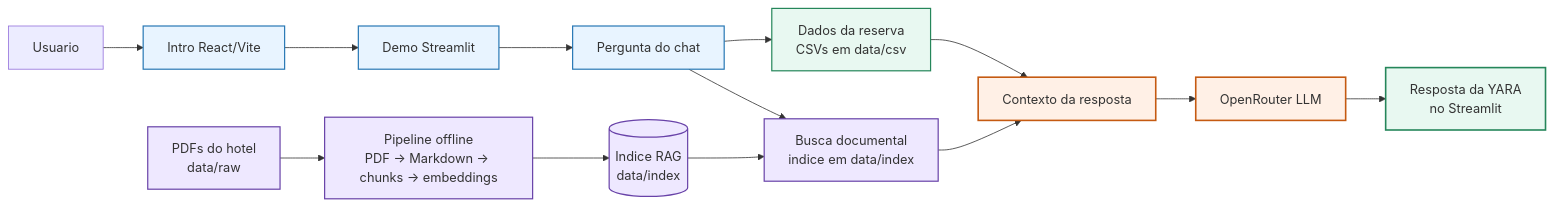
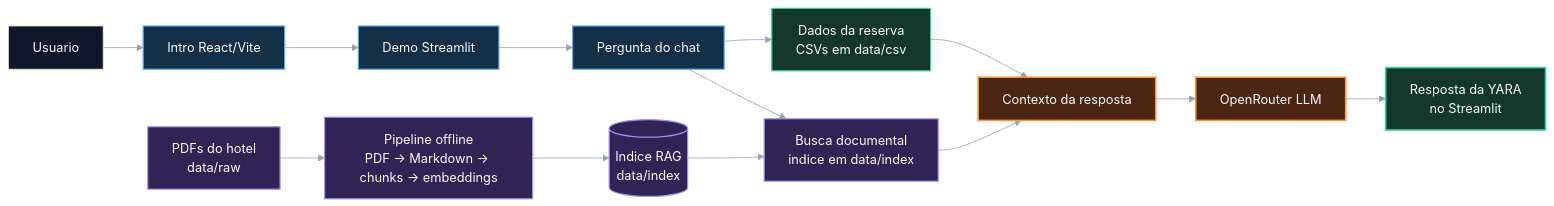
One commit to sevenRevy/Yara changed the diagram in README.md. Above: the diagram before and after it, drawn with Mermaid.

Commit message:
docs: improve mermaid dark mode

````diff
--- a/README.md
+++ b/README.md
@@ -34,32 +34,33 @@
 ```mermaid
+%%{init: {"theme": "base", "themeVariables": {"background": "transparent", "mainBkg": "#0f172a", "primaryTextColor": "#f8fafc", "lineColor": "#94a3b8", "fontFamily": "Inter, ui-sans-serif, system-ui, sans-serif"}}}%%
 flowchart LR
     %% Fluxo online: o usuario pergunta e a YARA combina dados estruturados + RAG.
     U["Usuario"] --> FE["Intro React/Vite"]
     FE --> APP["Demo Streamlit"]
     APP --> Q["Pergunta do chat"]
 
     Q --> CSV["Dados da reserva<br/>CSVs em data/csv"]
     Q --> RAG["Busca documental<br/>indice em data/index"]
 
     CSV --> CTX["Contexto da resposta"]
     RAG --> CTX
     CTX --> LLM["OpenRouter LLM"]
     LLM --> OUT["Resposta da YARA<br/>no Streamlit"]
 
     %% Fluxo offline: os documentos alimentam o indice usado pelo RAG.
     PDF["PDFs do hotel<br/>data/raw"] --> PREP["Pipeline offline<br/>PDF -> Markdown -> chunks -> embeddings"]
     PREP --> IDX[("Indice RAG<br/>data/index")]
     IDX --> RAG
 
-    classDef app fill:#e8f4ff,stroke:#2878b5,stroke-width:1.5px
-    classDef data fill:#e8f8f1,stroke:#25865a,stroke-width:1.5px
-    classDef rag fill:#eee8ff,stroke:#6842a8,stroke-width:1.5px
-    classDef llm fill:#fff0e6,stroke:#c55a11,stroke-width:2px
-    classDef output fill:#e8f8f1,stroke:#25865a,stroke-width:2px
+    classDef app fill:#123047,stroke:#60a5fa,stroke-width:1.5px,color:#f8fafc
+    classDef data fill:#12382b,stroke:#34d399,stroke-width:1.5px,color:#f8fafc
+    classDef rag fill:#2f2454,stroke:#a78bfa,stroke-width:1.5px,color:#f8fafc
+    classDef llm fill:#4a2613,stroke:#fb923c,stroke-width:2px,color:#f8fafc
+    classDef output fill:#12382b,stroke:#34d399,stroke-width:2px,color:#f8fafc
 
     class FE,APP,Q app
     class CSV data
     class RAG,PDF,PREP,IDX rag
     class CTX,LLM llm
     class OUT output
 ```
````
